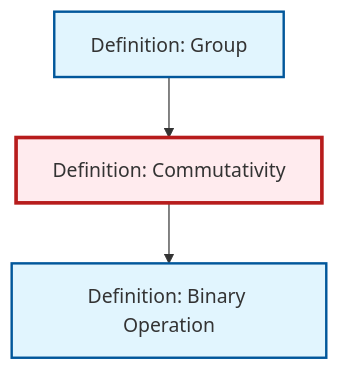
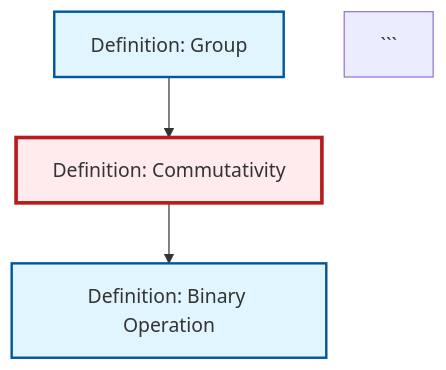
One commit to RK0429/ModernMath changed the diagram in output/mermaid/def-commutativity.mermaid. Above: the diagram before and after it, drawn with Mermaid. The commit also changed 313 other files, not shown here.

````diff
--- a/output/mermaid/def-commutativity.mermaid
+++ b/output/mermaid/def-commutativity.mermaid
@@ -1,15 +1,14 @@
-```{mermaid}
 %%| fig-cap: "Local dependency graph"
 graph TD
     classDef definition fill:#e1f5fe,stroke:#01579b,stroke-width:2px
     classDef theorem fill:#f3e5f5,stroke:#4a148c,stroke-width:2px
     classDef axiom fill:#fff3e0,stroke:#e65100,stroke-width:2px
     classDef example fill:#e8f5e9,stroke:#1b5e20,stroke-width:2px
     classDef current fill:#ffebee,stroke:#b71c1c,stroke-width:3px
+    def-binary-operation["Definition: Binary Operation"]:::definition
     def-group["Definition: Group"]:::definition
     def-commutativity["Definition: Commutativity"]:::definition
-    def-binary-operation["Definition: Binary Operation"]:::definition
+    def-group --> def-commutativity
     def-commutativity --> def-binary-operation
-    def-group --> def-commutativity
     class def-commutativity current
 ```
````
